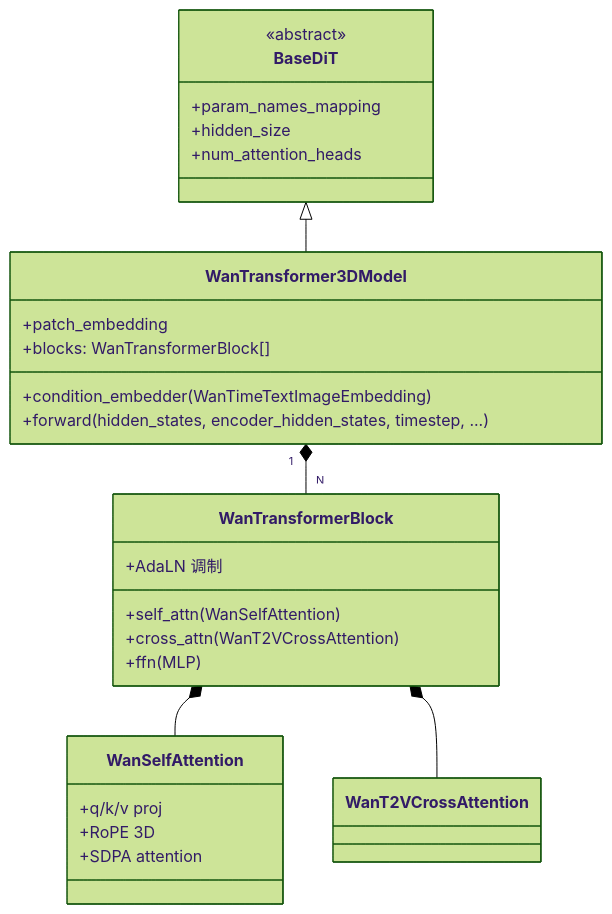
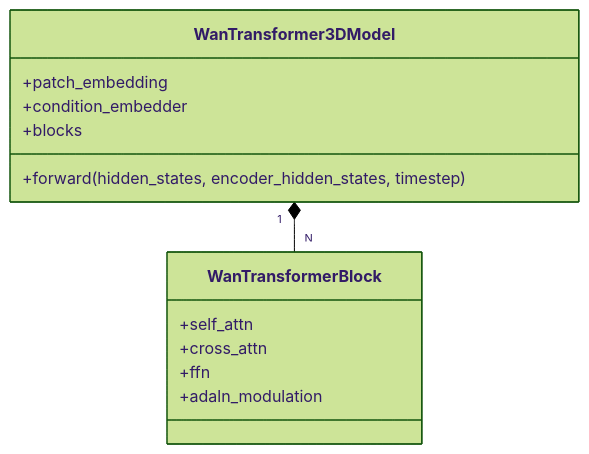
One commit to Huangzjun/FlashGen changed the seventh of 11 diagrams in docs/架构设计.md. Above: the diagram before and after it, drawn with Mermaid (forest theme). The commit also changed other lines of this file and 82 other files, not shown here.

````diff
--- a/docs/架构设计.md
+++ b/docs/架构设计.md
@@ -500,30 +467,16 @@
 ```mermaid
 classDiagram
-    class BaseDiT {
-        <<abstract>>
-        +param_names_mapping
-        +hidden_size
-        +num_attention_heads
-    }
     class WanTransformer3DModel {
         +patch_embedding
-        +condition_embedder (WanTimeTextImageEmbedding)
-        +blocks: WanTransformerBlock[]
-        +forward(hidden_states, encoder_hidden_states, timestep, ...)
+        +condition_embedder
+        +blocks
+        +forward(hidden_states, encoder_hidden_states, timestep)
     }
     class WanTransformerBlock {
-        +self_attn (WanSelfAttention)
-        +cross_attn (WanT2VCrossAttention)
-        +ffn (MLP)
-        +AdaLN 调制
+        +self_attn
+        +cross_attn
+        +ffn
+        +adaln_modulation
     }
-    class WanSelfAttention {
-        +q/k/v proj
-        +RoPE 3D
-        +SDPA attention
-    }
-    BaseDiT <|-- WanTransformer3DModel
     WanTransformer3DModel "1" *-- "N" WanTransformerBlock
-    WanTransformerBlock *-- WanSelfAttention
-    WanTransformerBlock *-- WanT2VCrossAttention
 ```
````
